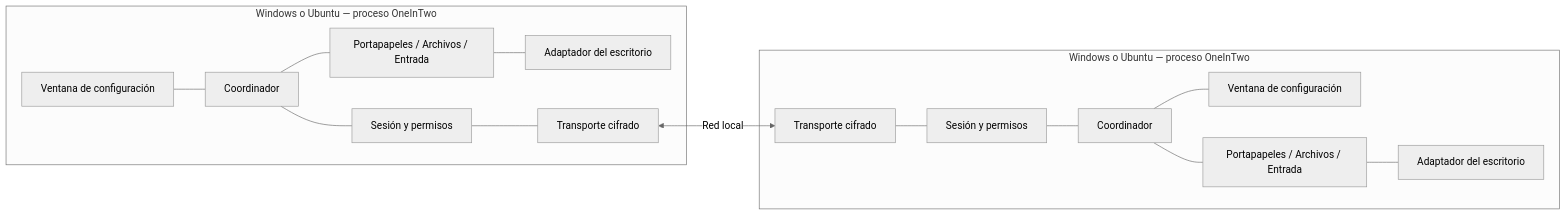
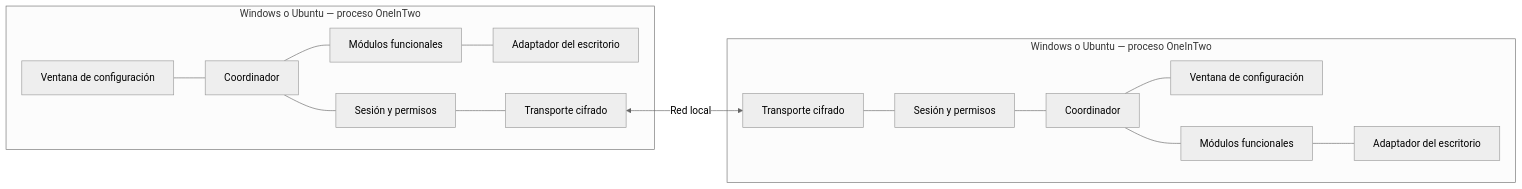
One commit to Adrian-Antonio-del-Campo-Morales/OneForTwo changed the diagram in ARQUITECTURA.md. Above: the diagram before and after it, drawn with Mermaid (neutral theme). The commit also changed other lines of this file and 56 other files, not shown here.

Commit message:
Define feature contracts and parallel implementation architecture

````diff
--- a/ARQUITECTURA.md
+++ b/ARQUITECTURA.md
@@ -32,18 +32,18 @@
 ```mermaid
 flowchart LR
     subgraph A["Windows o Ubuntu — proceso OneInTwo"]
         UA["Ventana de configuración"] --- AA["Coordinador"]
         AA --- SA["Sesión y permisos"]
-        AA --- MA["Portapapeles / Archivos / Entrada"]
+        AA --- MA["Módulos funcionales"]
         MA --- DA["Adaptador del escritorio"]
         SA --- NA["Transporte cifrado"]
     end
     NA <-->|"Red local"| NB
     subgraph B["Windows o Ubuntu — proceso OneInTwo"]
         NB["Transporte cifrado"] --- SB["Sesión y permisos"]
         SB --- AB["Coordinador"]
         AB --- UB["Ventana de configuración"]
-        AB --- MB["Portapapeles / Archivos / Entrada"]
+        AB --- MB["Módulos funcionales"]
         MB --- DB["Adaptador del escritorio"]
     end
 ```
````
